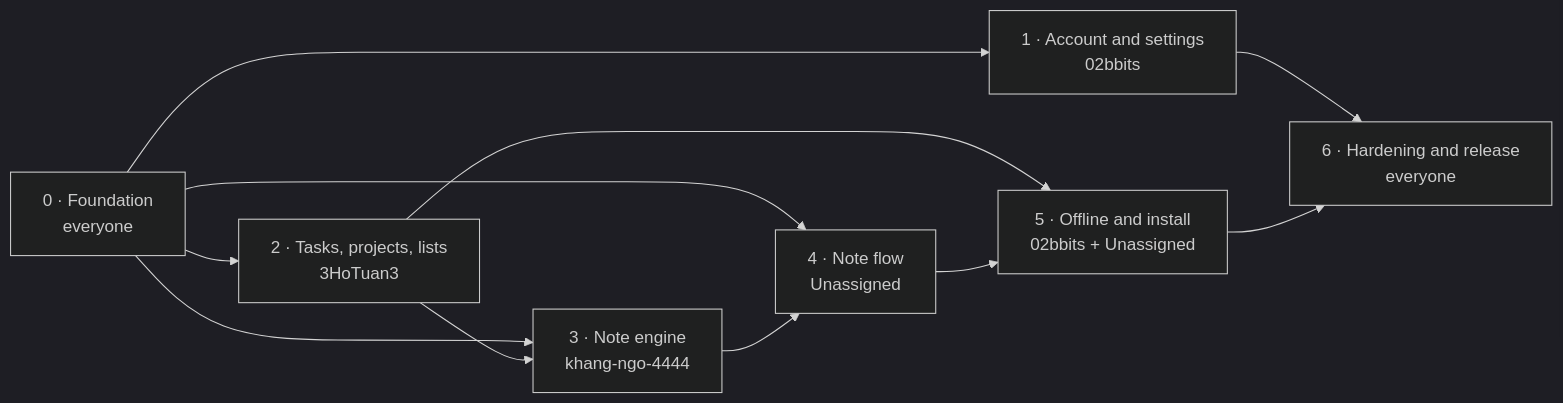
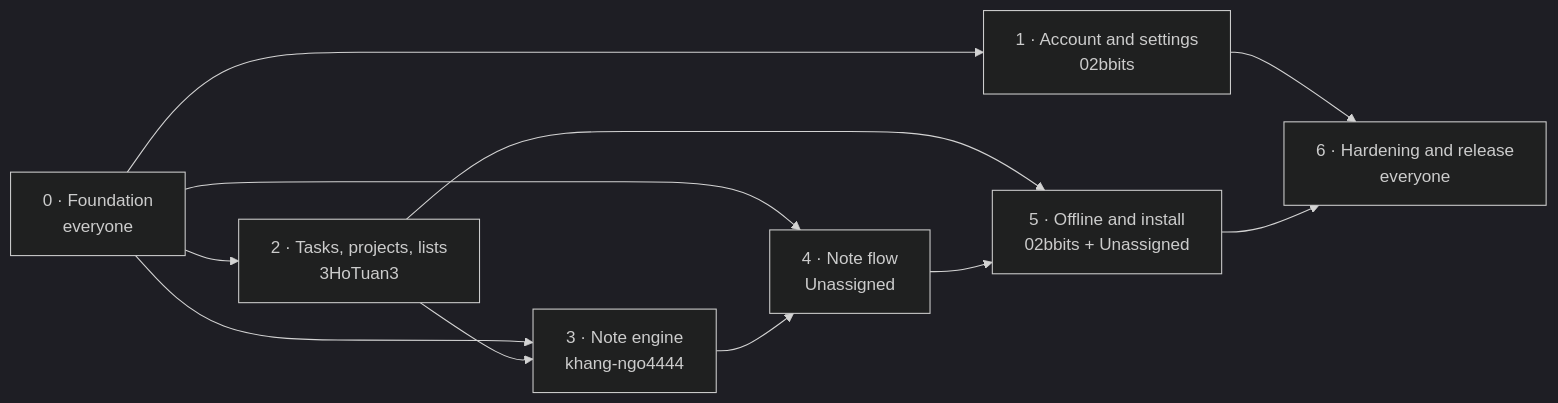
The diagram in docs/08-project/tasks.md (02bbits/Agendal), drawn with Mermaid (dark theme) before and after one commit. The commit also changed other lines of this file, not shown here.

Commit message:
docs: fix khang-ngo4444 GitHub login in task owners

````diff
--- a/docs/08-project/tasks.md
+++ b/docs/08-project/tasks.md
@@ -18,13 +18,13 @@
 ```mermaid
 flowchart LR
     P0[0 · Foundation<br/>everyone] --> P1[1 · Account and settings<br/>02bbits]
     P0 --> P2[2 · Tasks, projects, lists<br/>3HoTuan3]
-    P0 --> P3[3 · Note engine<br/>khang-ngo-4444]
+    P0 --> P3[3 · Note engine<br/>khang-ngo4444]
     P2 --> P3
     P0 --> P4[4 · Note flow<br/>Unassigned]
     P3 --> P4
     P2 --> P5[5 · Offline and install<br/>02bbits + Unassigned]
     P4 --> P5
     P1 --> P6[6 · Hardening and release<br/>everyone]
     P5 --> P6
 ```
````
